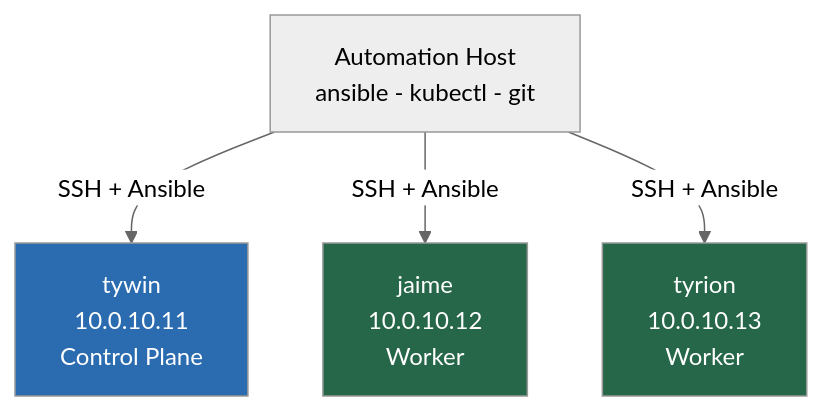
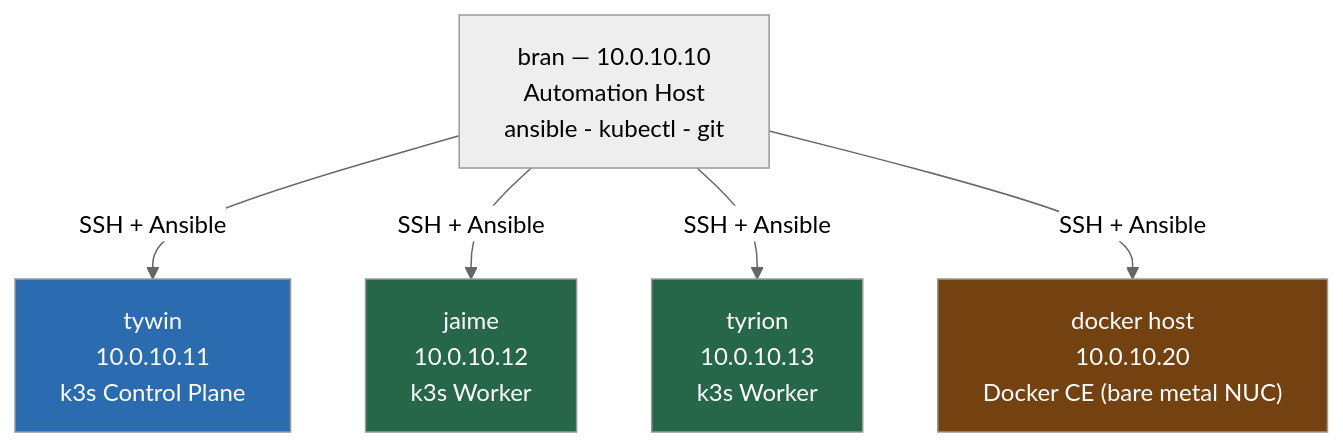
One commit to Kagiso-me/homelab-infrastructure changed the first of 2 diagrams in docs/guides/01-Node-Preparation-Hardening.md. Above: the diagram before and after it, drawn with Mermaid (neutral theme). The commit also changed other lines of this file and 47 other files, not shown here.

````diff
--- a/docs/guides/01-Node-Preparation-Hardening.md
+++ b/docs/guides/01-Node-Preparation-Hardening.md
@@ -47,10 +49,12 @@
 ```mermaid
 graph TD
-    Auto["Automation Host<br/>ansible - kubectl - git"]
-    Auto -->|SSH + Ansible| tywin["tywin<br/>10.0.10.11<br/>Control Plane"]
-    Auto -->|SSH + Ansible| jaime["jaime<br/>10.0.10.12<br/>Worker"]
-    Auto -->|SSH + Ansible| tyrion["tyrion<br/>10.0.10.13<br/>Worker"]
+    Auto["bran — 10.0.10.10<br/>Automation Host<br/>ansible - kubectl - git"]
+    Auto -->|SSH + Ansible| tywin["tywin<br/>10.0.10.11<br/>k3s Control Plane"]
+    Auto -->|SSH + Ansible| jaime["jaime<br/>10.0.10.12<br/>k3s Worker"]
+    Auto -->|SSH + Ansible| tyrion["tyrion<br/>10.0.10.13<br/>k3s Worker"]
+    Auto -->|SSH + Ansible| docker["docker host<br/>10.0.10.20<br/>Docker CE (bare metal NUC)"]
     style tywin fill:#2b6cb0,color:#fff
     style jaime fill:#276749,color:#fff
     style tyrion fill:#276749,color:#fff
+    style docker fill:#744210,color:#fff
 ```
````
